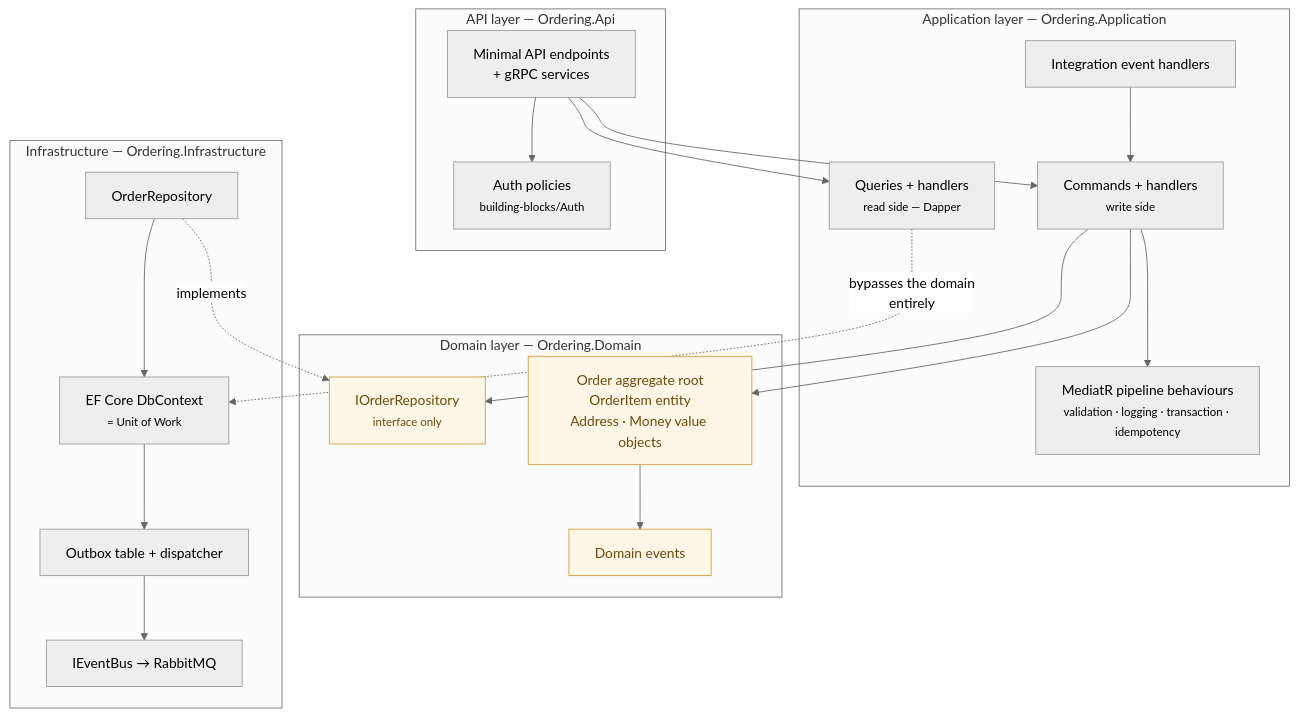
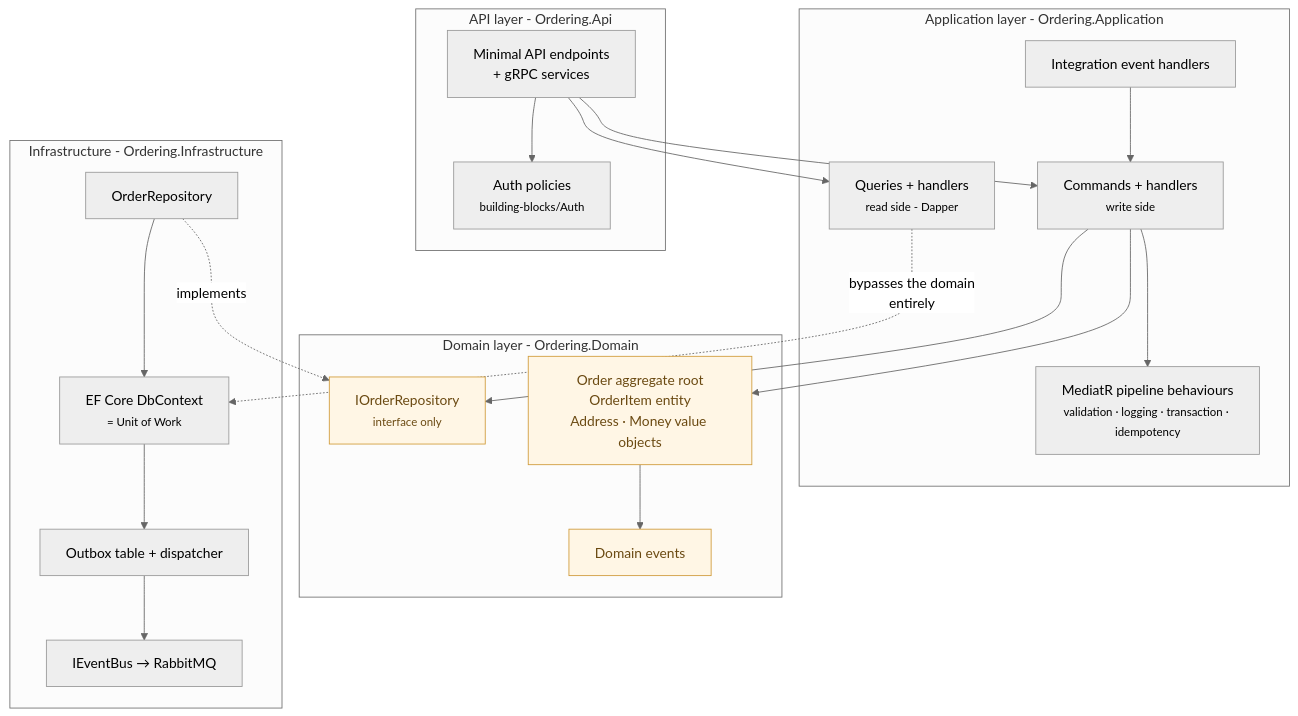
One commit to rakshins10/E-Commerce changed the third of 3 diagrams in docs/architecture.md. Above: the diagram before and after it, drawn with Mermaid (neutral theme). The commit also changed other lines of this file and 254 other files, not shown here.

````diff
--- a/docs/architecture.md
+++ b/docs/architecture.md
@@ -185,43 +185,43 @@
 ```mermaid
 graph TB
-    subgraph api["API layer — Ordering.Api"]
+    subgraph api["API layer - Ordering.Api"]
         EP["Minimal API endpoints<br/>+ gRPC services"]
         AUTH["Auth policies<br/><small>building-blocks/Auth</small>"]
     end
 
-    subgraph app["Application layer — Ordering.Application"]
+    subgraph app["Application layer - Ordering.Application"]
         CMD["Commands + handlers<br/><small>write side</small>"]
-        QRY["Queries + handlers<br/><small>read side — Dapper</small>"]
+        QRY["Queries + handlers<br/><small>read side - Dapper</small>"]
         BEH["MediatR pipeline behaviours<br/><small>validation · logging · transaction · idempotency</small>"]
         IEH["Integration event handlers"]
     end
 
-    subgraph dom["Domain layer — Ordering.Domain"]
+    subgraph dom["Domain layer - Ordering.Domain"]
         AGG["Order aggregate root<br/>OrderItem entity<br/>Address · Money value objects"]
         DE["Domain events"]
         REPOI["IOrderRepository<br/><small>interface only</small>"]
     end
 
-    subgraph infra["Infrastructure — Ordering.Infrastructure"]
+    subgraph infra["Infrastructure - Ordering.Infrastructure"]
         EF["EF Core DbContext<br/><small>= Unit of Work</small>"]
         REPO["OrderRepository"]
         OBX["Outbox table + dispatcher"]
         BUS["IEventBus → RabbitMQ"]
     end
 
     EP --> CMD & QRY
     EP --> AUTH
     CMD --> BEH
     CMD --> AGG
     CMD --> REPOI
     AGG --> DE
     QRY -.->|bypasses the domain<br/>entirely| EF
     REPO -.implements.-> REPOI
     REPO --> EF
     EF --> OBX
     OBX --> BUS
     IEH --> CMD
 
     classDef domain fill:#fff6e5,stroke:#d09b3a,color:#6b4a12
     class AGG,DE,REPOI domain
 ```
````
